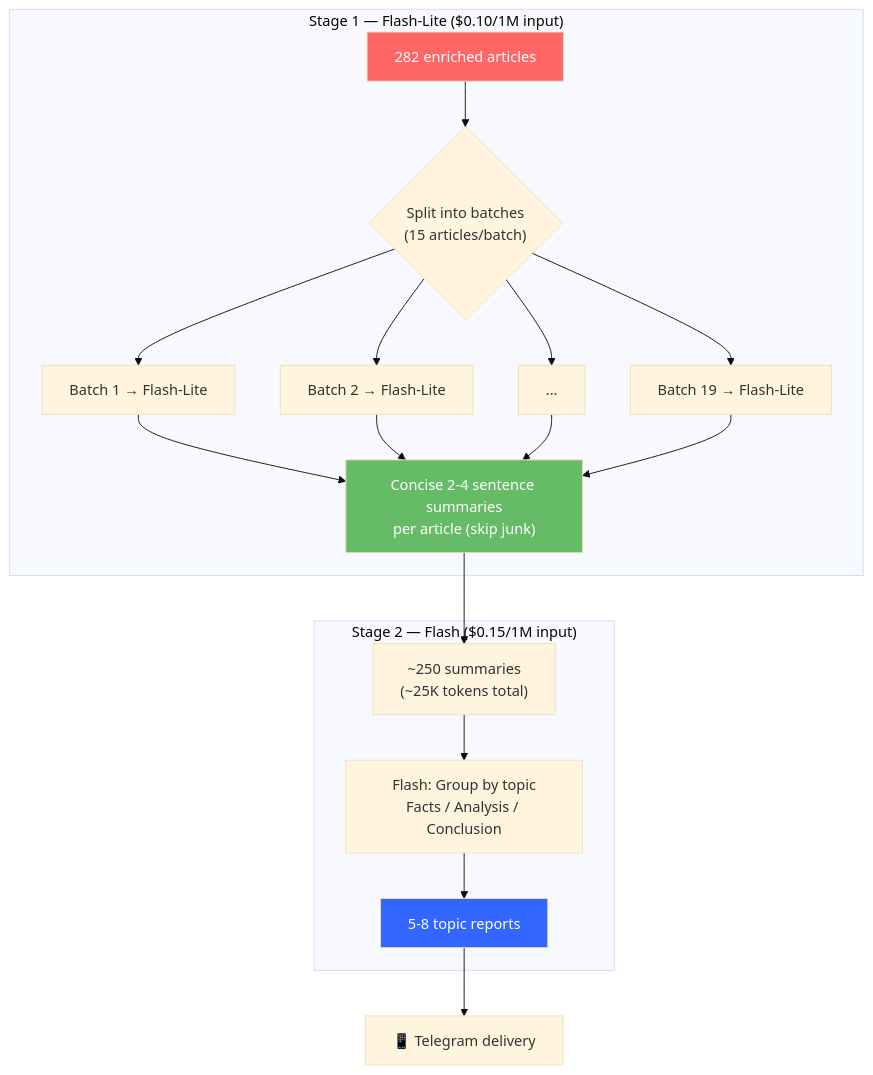
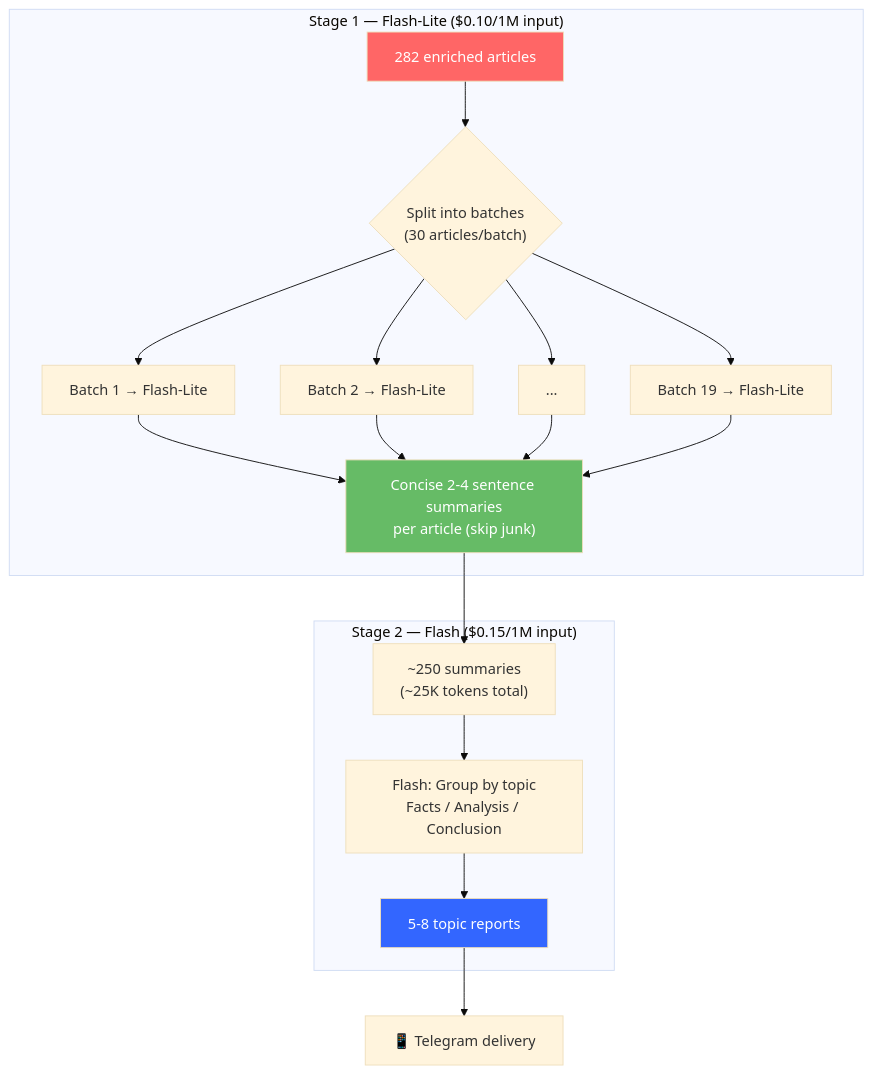
The eighth of 8 diagrams in docs/FLOWS.md (nqhuy44/xalpha-researcher), drawn with Mermaid (base theme) before and after one commit. The commit also changed other lines of this file and 2 other files, not shown here.

Commit message:
update migration

````diff
--- a/docs/FLOWS.md
+++ b/docs/FLOWS.md
@@ -234,27 +234,27 @@
 ```mermaid
 flowchart TD
     subgraph "Stage 1 — Flash-Lite ($0.10/1M input)"
-        A["282 enriched articles"] --> B{"Split into batches<br/>(15 articles/batch)"}
+        A["282 enriched articles"] --> B{"Split into batches<br/>(30 articles/batch)"}
         B --> C1["Batch 1 → Flash-Lite"]
         B --> C2["Batch 2 → Flash-Lite"]
         B --> C3["..."]
         B --> CN["Batch 19 → Flash-Lite"]
 
         C1 --> D["Concise 2-4 sentence summaries<br/>per article (skip junk)"]
         C2 --> D
         C3 --> D
         CN --> D
     end
 
     subgraph "Stage 2 — Flash ($0.15/1M input)"
         D --> E["~250 summaries<br/>(~25K tokens total)"]
         E --> F["Flash: Group by topic<br/>Facts / Analysis / Conclusion"]
         F --> G["5-8 topic reports"]
     end
 
     G --> H["📱 Telegram delivery"]
 
     style A fill:#f66,color:#fff
     style D fill:#6b6,color:#fff
     style G fill:#36f,color:#fff
 ```
````
